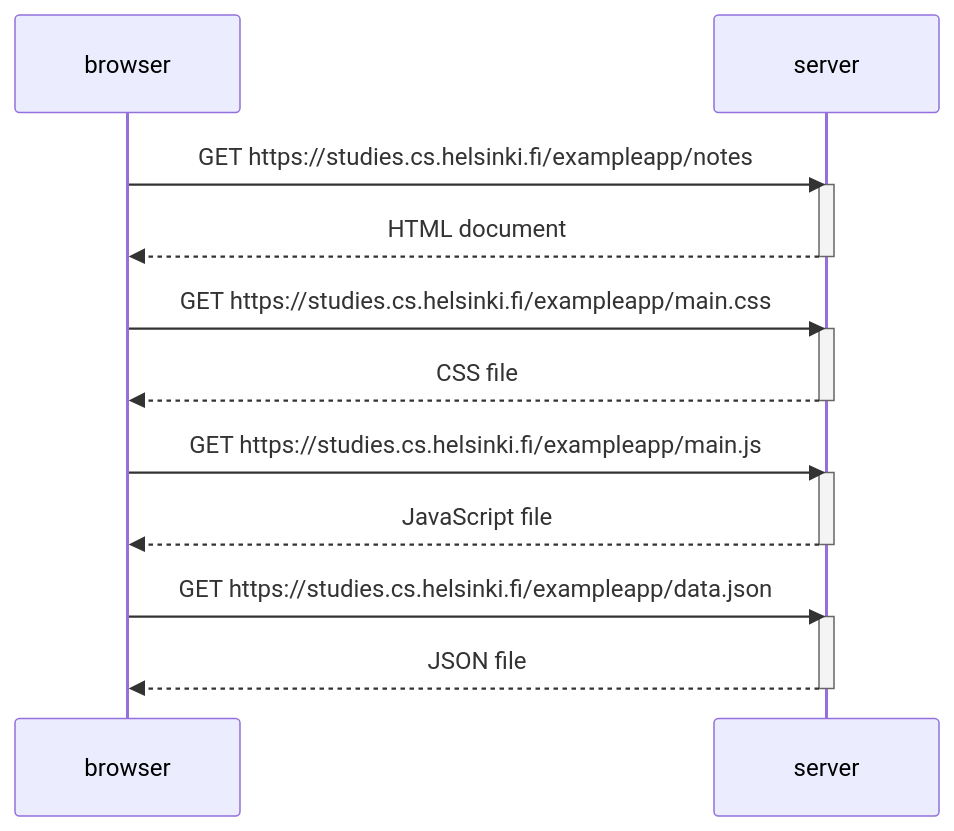
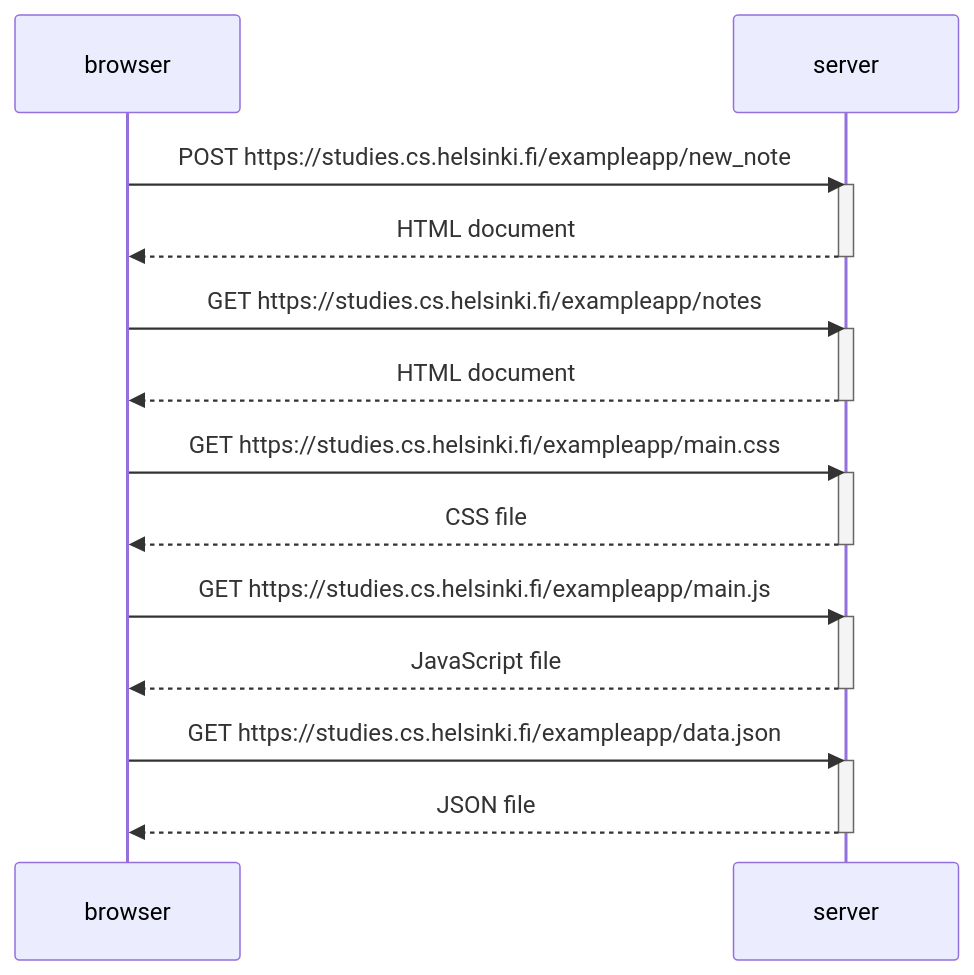
One commit to anikizarifismail/FullStackOpen changed the diagram in part0/assignment0-4.md. Above: the diagram before and after it, drawn with Mermaid.

Commit message:
Fixed workflow

````diff
--- a/part0/assignment0-4.md
+++ b/part0/assignment0-4.md
@@ -1,25 +1,30 @@
 ```mermaid
 sequenceDiagram
     participant browser
     participant server
+
+    browser->>server: POST https://studies.cs.helsinki.fi/exampleapp/new_note
+    activate server
+    server-->>browser: HTML document
+    deactivate server
 
     browser->>server: GET https://studies.cs.helsinki.fi/exampleapp/notes
     activate server
     server-->>browser: HTML document
     deactivate server
 
     browser->>server: GET https://studies.cs.helsinki.fi/exampleapp/main.css 
     activate server
     server-->>browser: CSS file
     deactivate server
 
     browser->>server: GET https://studies.cs.helsinki.fi/exampleapp/main.js
     activate server
     server-->>browser: JavaScript file
     deactivate server
 
     browser->>server: GET https://studies.cs.helsinki.fi/exampleapp/data.json
     activate server
     server-->>browser: JSON file
     deactivate server
 ```
````
